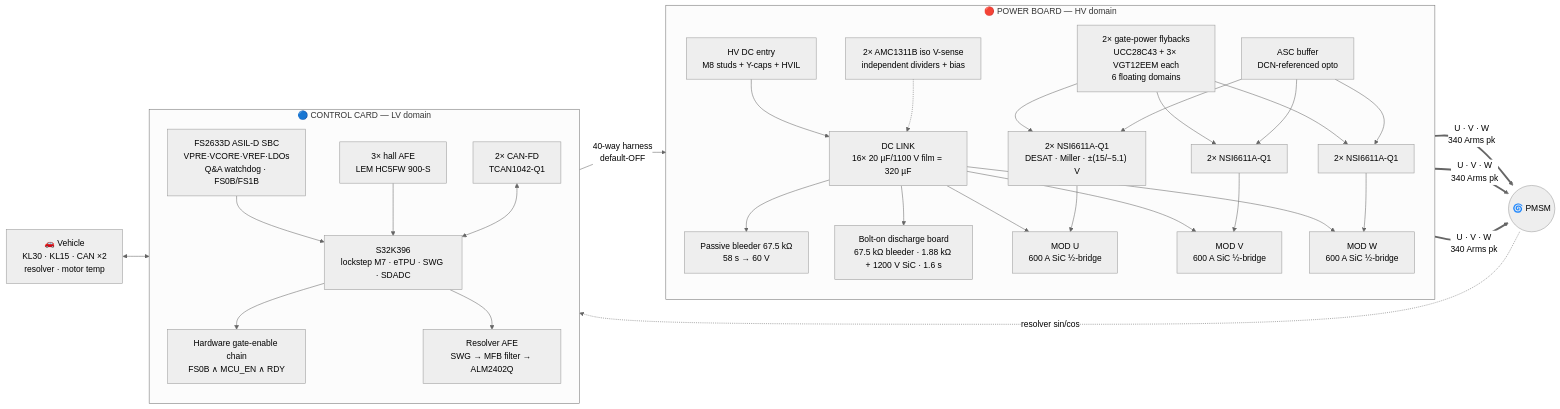
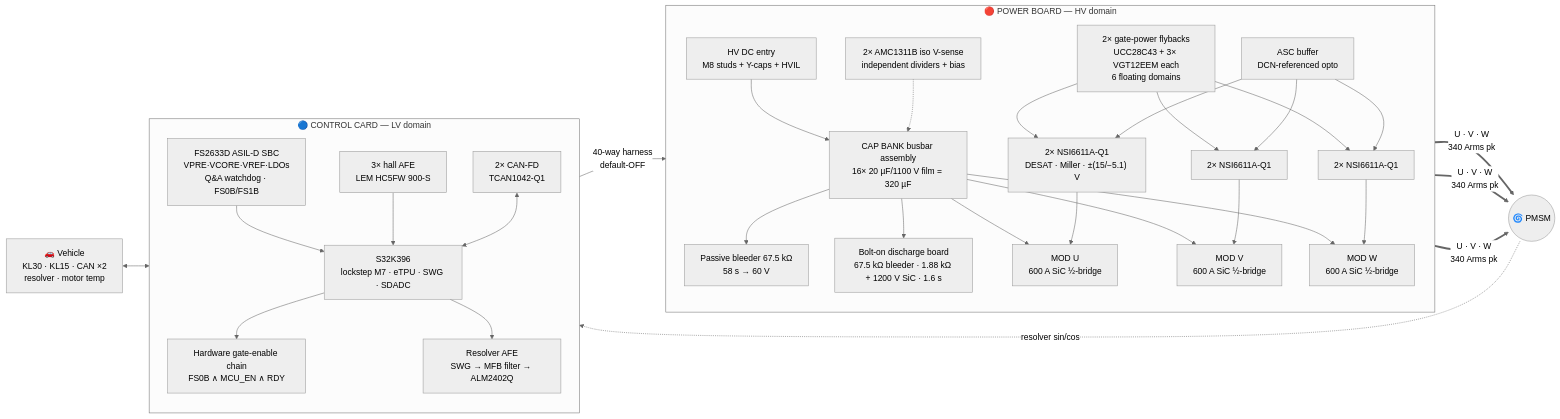
The first of 9 diagrams in README.md (vectivolt/Traction-Inverter-GEN-1), drawn with Mermaid (neutral theme) before and after one commit. The commit also changed other lines of this file and 28 other files, not shown here.

First line of the commit message:
Add cap-bank busbar assembly sheet + explicit interboard links (4 sheets)

````diff
--- a/README.md
+++ b/README.md
@@ -150,35 +165,35 @@
 ```mermaid
 flowchart LR
   subgraph HV["🔴 POWER BOARD — HV domain"]
     direction TB
-    DCIN["HV DC entry<br/>M8 studs + Y-caps + HVIL"] --> LINK["DC LINK<br/>16× 20 µF/1100 V film = 320 µF"]
+    DCIN["HV DC entry<br/>M8 studs + Y-caps + HVIL"] --> LINK["CAP BANK busbar assembly<br/>16× 20 µF/1100 V film = 320 µF"]
     LINK --> BLEED["Passive bleeder 67.5 kΩ<br/>58 s → 60 V"]
     LINK --> ADIS["Bolt-on discharge board<br/>67.5 kΩ bleeder · 1.88 kΩ + 1200 V SiC · 1.6 s"]
     LINK --> MU["MOD U<br/>600 A SiC ½-bridge"]
     LINK --> MV["MOD V<br/>600 A SiC ½-bridge"]
     LINK --> MW["MOD W<br/>600 A SiC ½-bridge"]
     GDU["2× NSI6611A-Q1<br/>DESAT · Miller · ±(15/−5.1) V"] --> MU
     GDV["2× NSI6611A-Q1"] --> MV
     GDW["2× NSI6611A-Q1"] --> MW
     FLY["2× gate-power flybacks<br/>UCC28C43 + 3× VGT12EEM each<br/>6 floating domains"] --> GDU & GDV & GDW
     VDC["2× AMC1311B iso V-sense<br/>independent dividers + bias"] -.-> LINK
     ASC["ASC buffer<br/>DCN-referenced opto"] --> GDU & GDV & GDW
   end
 
   subgraph LV["🔵 CONTROL CARD — LV domain"]
     direction TB
     SBC["FS2633D ASIL-D SBC<br/>VPRE·VCORE·VREF·LDOs<br/>Q&A watchdog · FS0B/FS1B"] --> MCU["S32K396<br/>lockstep M7 · eTPU · SWG · SDADC"]
     MCU --> SAFE["Hardware gate-enable chain<br/>FS0B ∧ MCU_EN ∧ RDY"]
     MCU --> RSLV["Resolver AFE<br/>SWG → MFB filter → ALM2402Q"]
     HALL["3× hall AFE<br/>LEM HC5FW 900-S"] --> MCU
     CAN["2× CAN-FD<br/>TCAN1042-Q1"] <--> MCU
   end
 
   MOTOR(("🌀 PMSM"))
   VEH["🚗 Vehicle<br/>KL30 · KL15 · CAN ×2<br/>resolver · motor temp"]
 
   MU & MV & MW ==>|"U · V · W<br/>340 Arms pk"| MOTOR
   SAFE -->|"40-way harness<br/>default-OFF"| GDU
   VEH <--> LV
   MOTOR -.->|resolver sin/cos| RSLV
 ```
````
